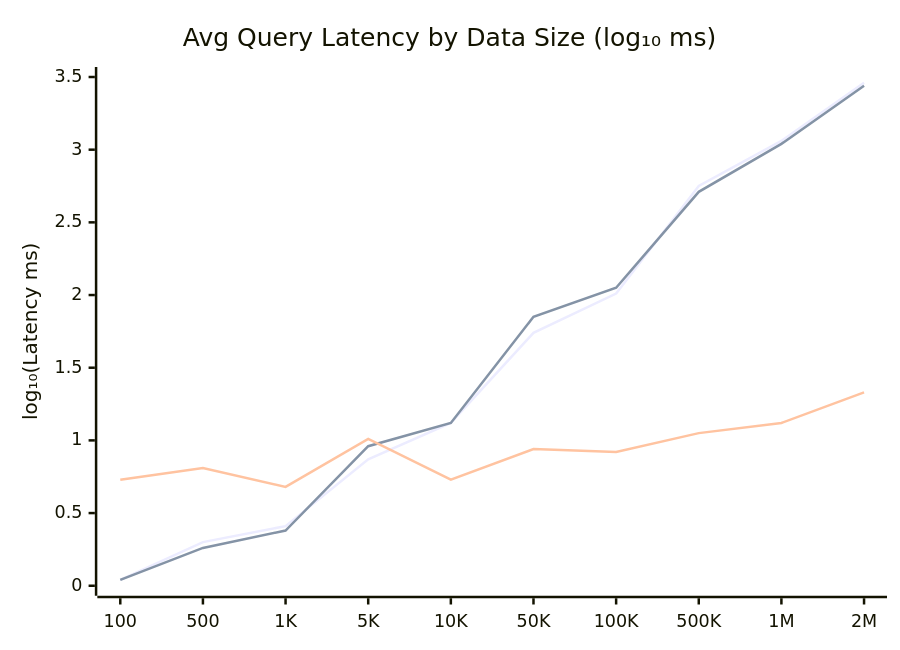
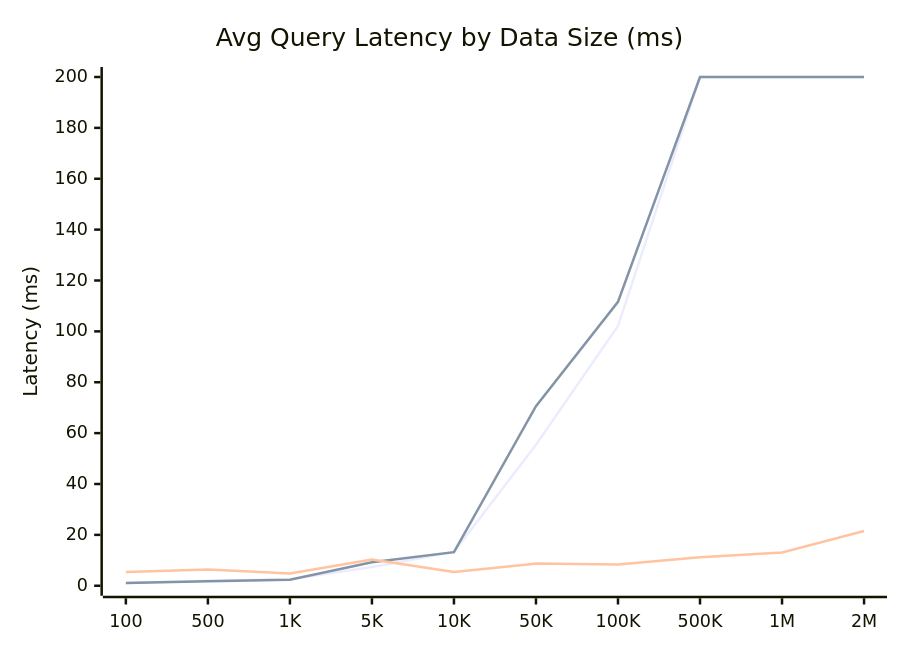
The second of 2 diagrams in README.md (mrityunjaysharma/mongo-flux), drawn with Mermaid before and after one commit. The commit also changed other lines of this file, not shown here.

````diff
--- a/README.md
+++ b/README.md
@@ -43,9 +43,9 @@
 ```mermaid
 xychart-beta
-    title "Avg Query Latency by Data Size (log₁₀ ms)"
+    title "Avg Query Latency by Data Size (ms)"
     x-axis ["100", "500", "1K", "5K", "10K", "50K", "100K", "500K", "1M", "2M"]
-    y-axis "log₁₀(Latency ms)" 0 --> 3.5
-    line [0.04, 0.30, 0.41, 0.87, 1.12, 1.74, 2.01, 2.75, 3.06, 3.46]
-    line [0.04, 0.26, 0.38, 0.96, 1.12, 1.85, 2.05, 2.71, 3.04, 3.44]
-    line [0.73, 0.81, 0.68, 1.01, 0.73, 0.94, 0.92, 1.05, 1.12, 1.33]
+    y-axis "Latency (ms)" 0 --> 200
+    line [1.1, 2.0, 2.6, 7.4, 13.3, 55.4, 102.1, 200, 200, 200]
+    line [1.1, 1.8, 2.4, 9.2, 13.2, 70.6, 111.6, 200, 200, 200]
+    line [5.4, 6.4, 4.8, 10.3, 5.4, 8.7, 8.4, 11.2, 13.1, 21.5]
 ```
````
